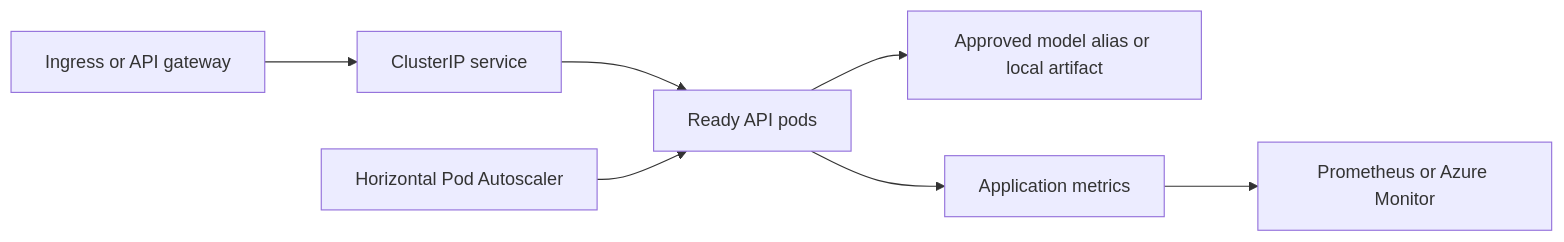
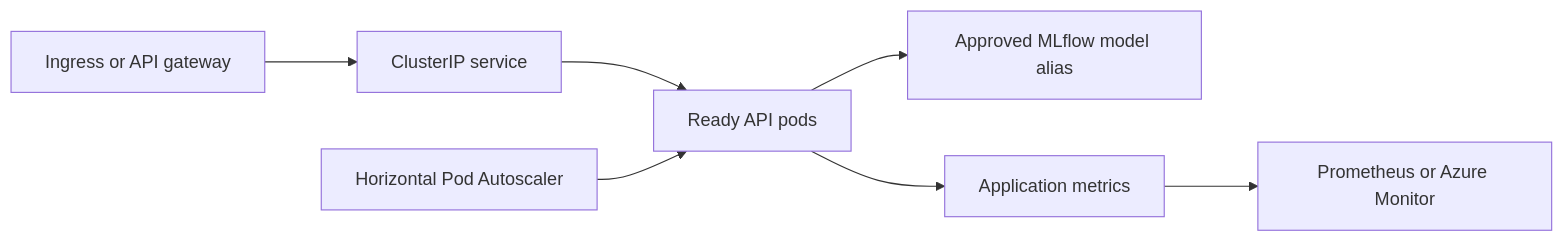
Before and after one commit to mrdata355/hospitality-data-mlops-reference-platform: the diagram in k8s/README.md, drawn with Mermaid. The commit also changed other lines of this file, not shown here.

````diff
--- a/k8s/README.md
+++ b/k8s/README.md
@@ -20,9 +21,9 @@
 ```mermaid
 flowchart LR
     A[Ingress or API gateway] --> B[ClusterIP service]
     B --> C[Ready API pods]
-    C --> D[Approved model alias or local artifact]
+    C --> D[Approved MLflow model alias]
     C --> E[Application metrics]
     E --> F[Prometheus or Azure Monitor]
     G[Horizontal Pod Autoscaler] --> C
 ```
````
